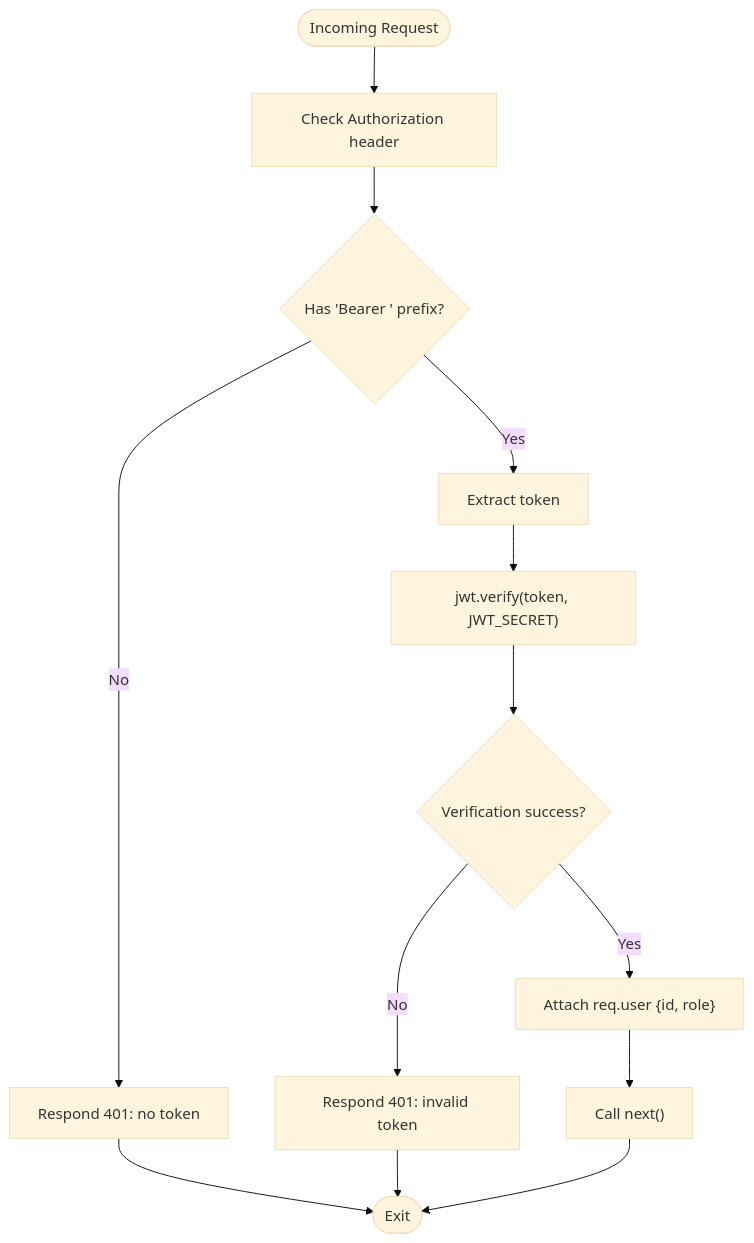
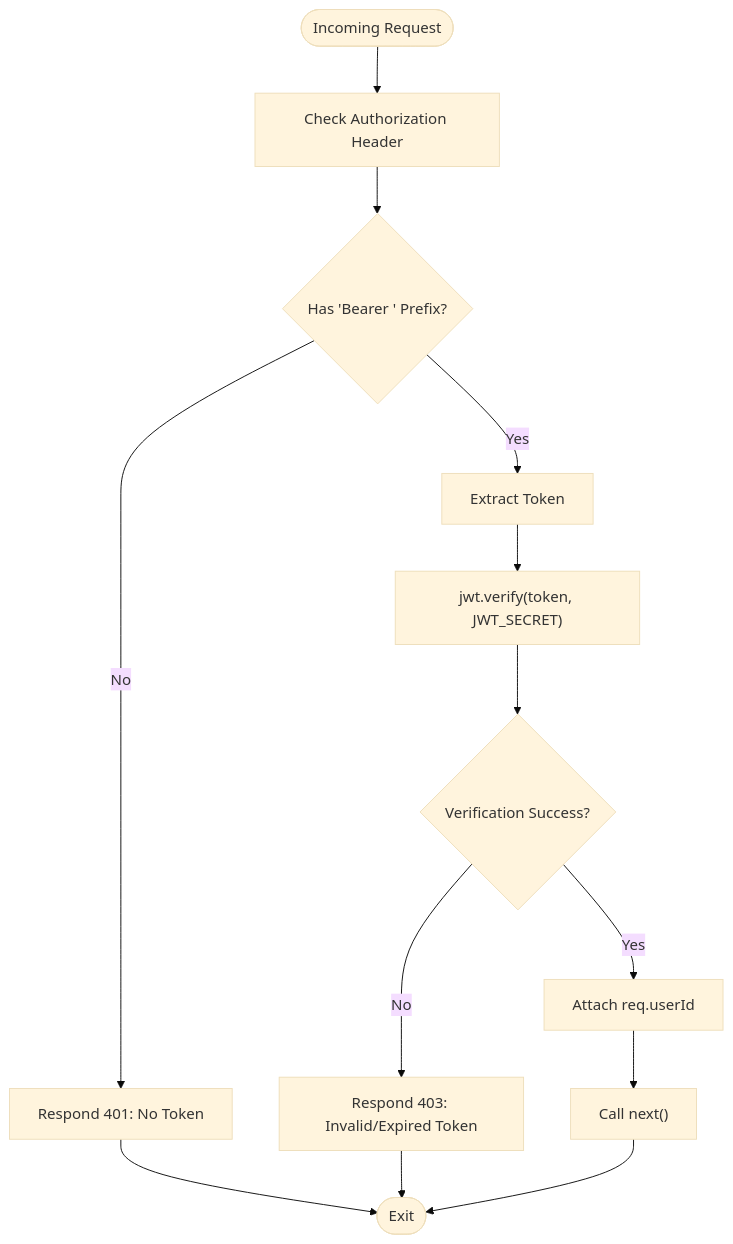
One commit to ganesh-NB/readsphere changed the sixth of 8 diagrams in .qoder/repowiki/en/content/Authentication and Authorization/Authentication and Authorization.md. Above: the diagram before and after it, drawn with Mermaid (base theme). The commit also changed other lines of this file and 46 other files, not shown here.

````diff
--- a/.qoder/repowiki/en/content/Authentication and Authorization/Authentication and Authorization.md
+++ b/.qoder/repowiki/en/content/Authentication and Authorization/Authentication and Authorization.md
@@ -190,15 +286,15 @@
 ```mermaid
 flowchart TD
-Start(["Incoming Request"]) --> CheckHeader["Check Authorization header"]
-CheckHeader --> HasBearer{"Has 'Bearer ' prefix?"}
-HasBearer --> |No| NoToken["Respond 401: no token"]
-HasBearer --> |Yes| Extract["Extract token"]
+Start(["Incoming Request"]) --> CheckHeader["Check Authorization Header"]
+CheckHeader --> HasBearer{"Has 'Bearer ' Prefix?"}
+HasBearer --> |No| NoToken["Respond 401: No Token"]
+HasBearer --> |Yes| Extract["Extract Token"]
 Extract --> Verify["jwt.verify(token, JWT_SECRET)"]
-Verify --> Verified{"Verification success?"}
-Verified --> |No| InvalidToken["Respond 401: invalid token"]
-Verified --> |Yes| Attach["Attach req.user {id, role}"]
+Verify --> Verified{"Verification Success?"}
+Verified --> |No| InvalidToken["Respond 403: Invalid/Expired Token"]
+Verified --> |Yes| Attach["Attach req.userId"]
 Attach --> Next["Call next()"]
 NoToken --> End(["Exit"])
 InvalidToken --> End
 Next --> End
 ```
````
